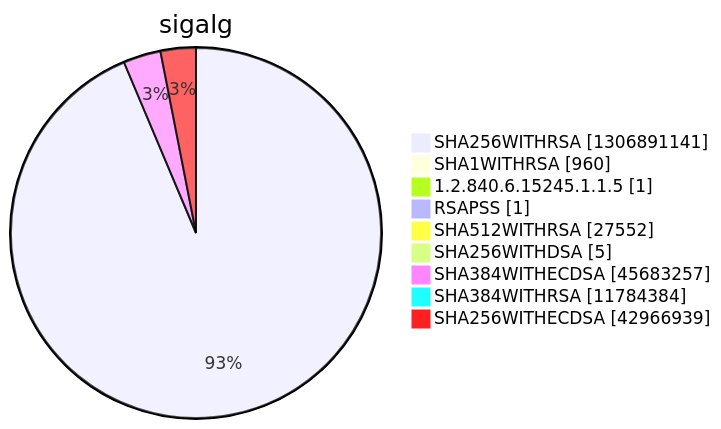
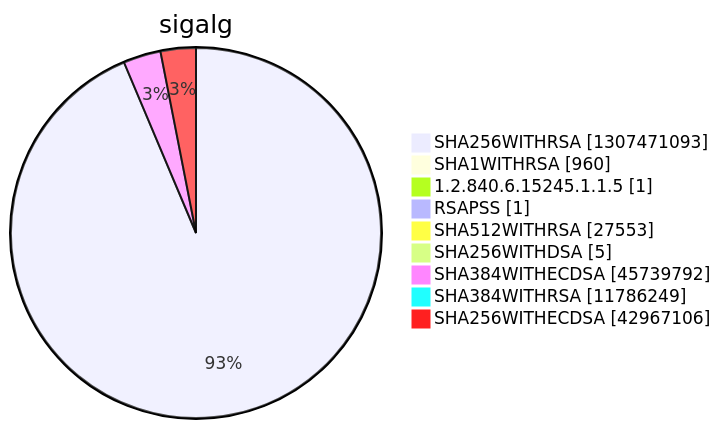
Before and after one commit to christiankrug/ctmonitor_visualization: diagram 15 of 15 in argon2022/README.md, drawn with Mermaid. The commit also changed other lines of this file, not shown here.

````diff
--- a/argon2022/README.md
+++ b/argon2022/README.md
@@ -5523,13 +5523,13 @@
 ```mermaid
 pie showData
 title sigalg
-"SHA256WITHRSA" :1306891141
+"SHA256WITHRSA" :1307471093
 "SHA1WITHRSA" :960
 "1.2.840.6.15245.1.1.5" :1
 "RSAPSS" :1
-"SHA512WITHRSA" :27552
+"SHA512WITHRSA" :27553
 "SHA256WITHDSA" :5
-"SHA384WITHECDSA" :45683257
-"SHA384WITHRSA" :11784384
-"SHA256WITHECDSA" :42966939
+"SHA384WITHECDSA" :45739792
+"SHA384WITHRSA" :11786249
+"SHA256WITHECDSA" :42967106
 ```
````
